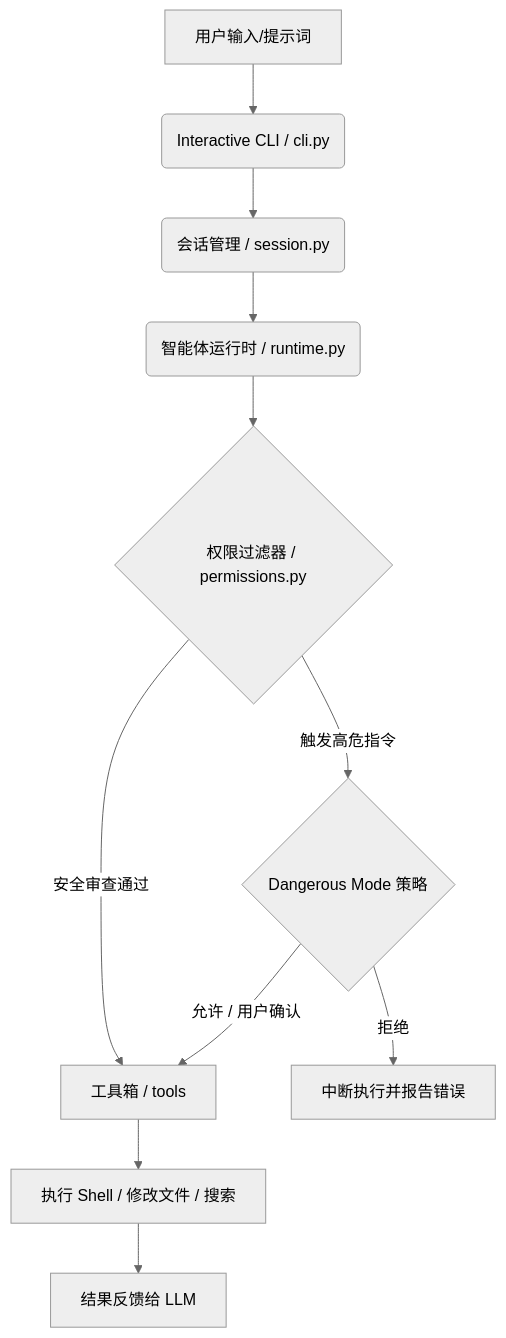
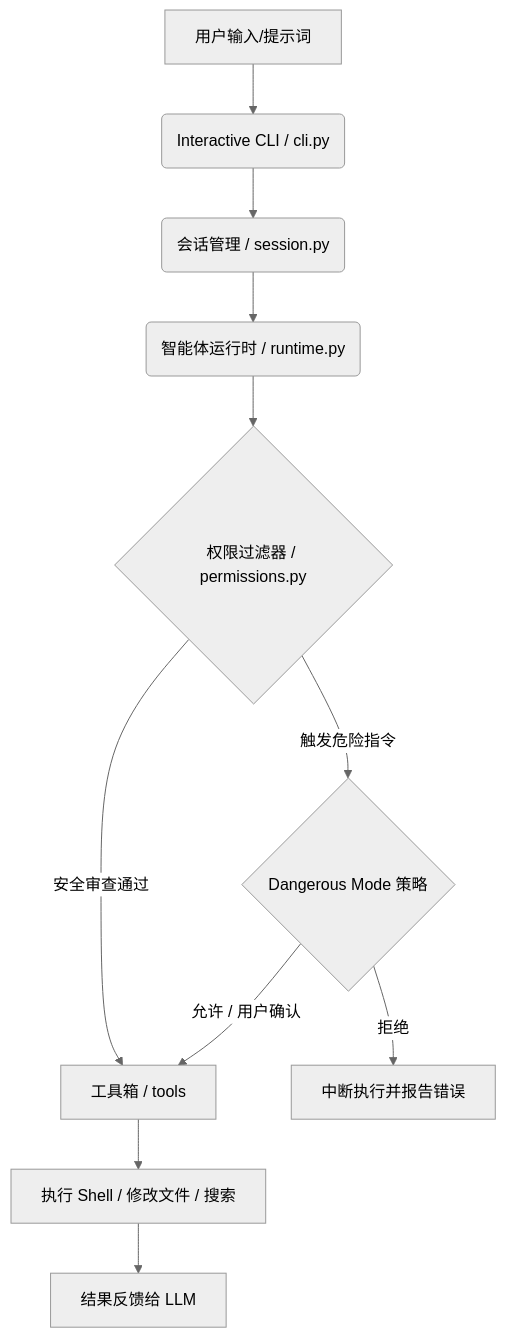
Before and after one commit to BlueX888/forge-code: the diagram in README.md, drawn with Mermaid (neutral theme). The commit also changed other lines of this file, not shown here.

Commit message:
docs: explain placeholder mode and model configuration in README

````diff
--- a/README.md
+++ b/README.md
@@ -44,13 +33,13 @@
 ```mermaid
 graph TD
     A[用户输入/提示词] --> B(Interactive CLI / cli.py)
     B --> C(会话管理 / session.py)
     C --> D(智能体运行时 / runtime.py)
     D --> E{权限过滤器 / permissions.py}
     E -- 安全审查通过 --> F[工具箱 / tools]
-    E -- 触发高危指令 --> G{Dangerous Mode 策略}
+    E -- 触发危险指令 --> G{Dangerous Mode 策略}
     G -- 允许 / 用户确认 --> F
     G -- 拒绝 --> H[中断执行并报告错误]
     F --> I[执行 Shell / 修改文件 / 搜索]
     I --> J[结果反馈给 LLM]
 ```
````
